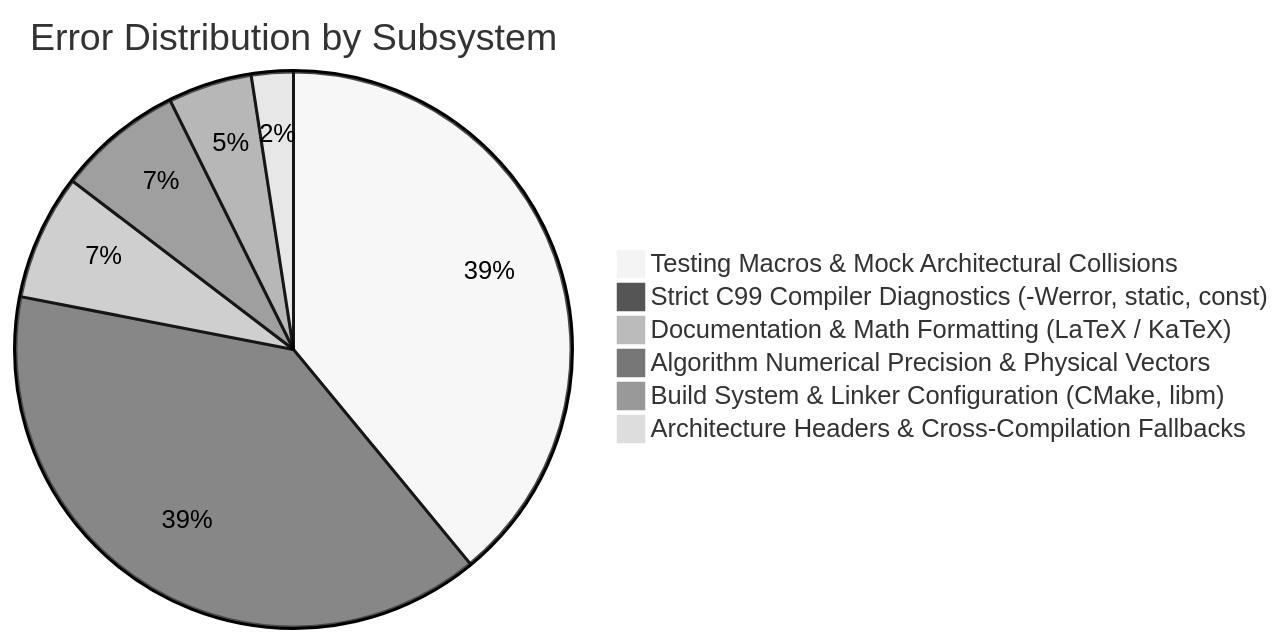
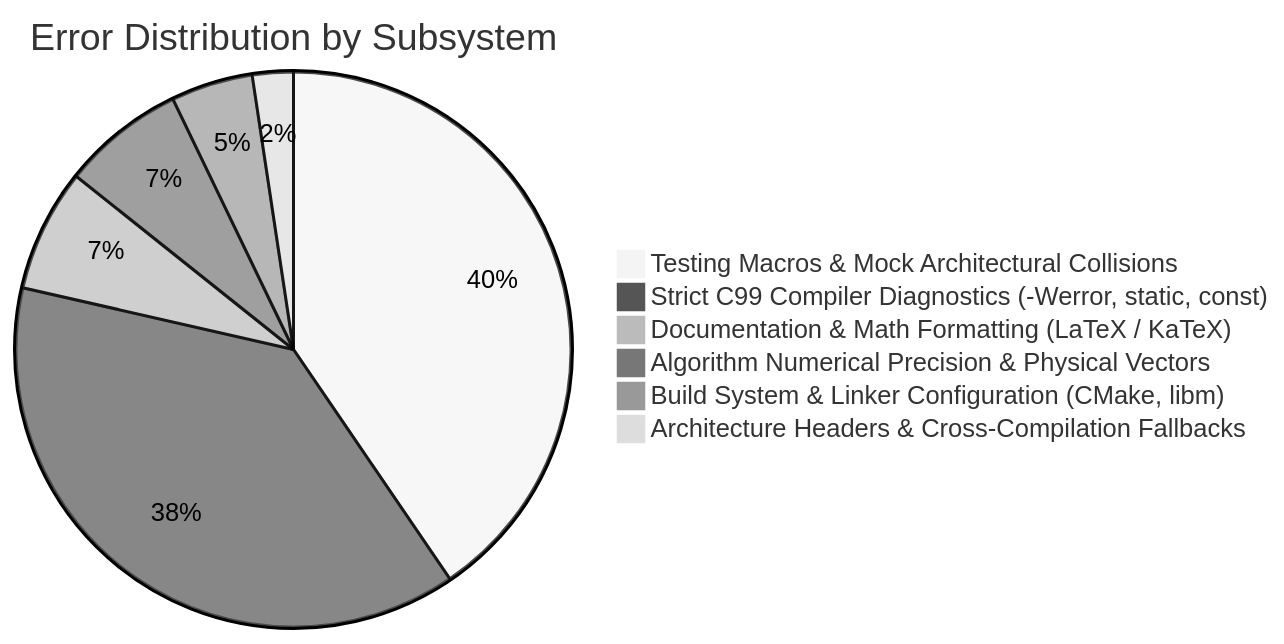
One commit to Thejus26/rain-predict changed the diagram in context/errors/README.md. Above: the diagram before and after it, drawn with Mermaid (neutral theme). The commit also changed other lines of this file and 2 other files, not shown here.

Commit message:
fix(alert): resolve ERR-042 battery conservation tier 2 LED pattern override

````diff
--- a/context/errors/README.md
+++ b/context/errors/README.md
@@ -57,9 +58,9 @@
 ```mermaid
 pie title Error Distribution by Subsystem
-    "Testing Macros & Mock Architectural Collisions" : 16
+    "Testing Macros & Mock Architectural Collisions" : 17
     "Strict C99 Compiler Diagnostics (-Werror, static, const)" : 16
     "Documentation & Math Formatting (LaTeX / KaTeX)" : 3
     "Algorithm Numerical Precision & Physical Vectors" : 3
     "Build System & Linker Configuration (CMake, libm)" : 2
     "Architecture Headers & Cross-Compilation Fallbacks" : 1
 ```
````
